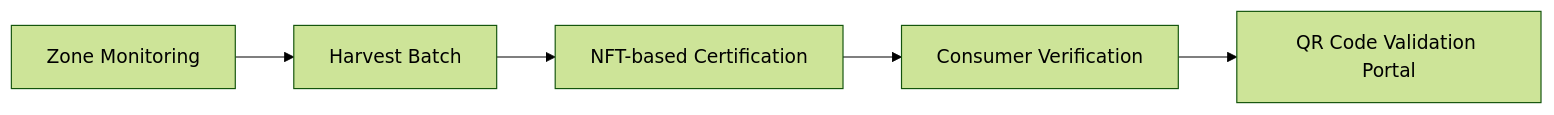
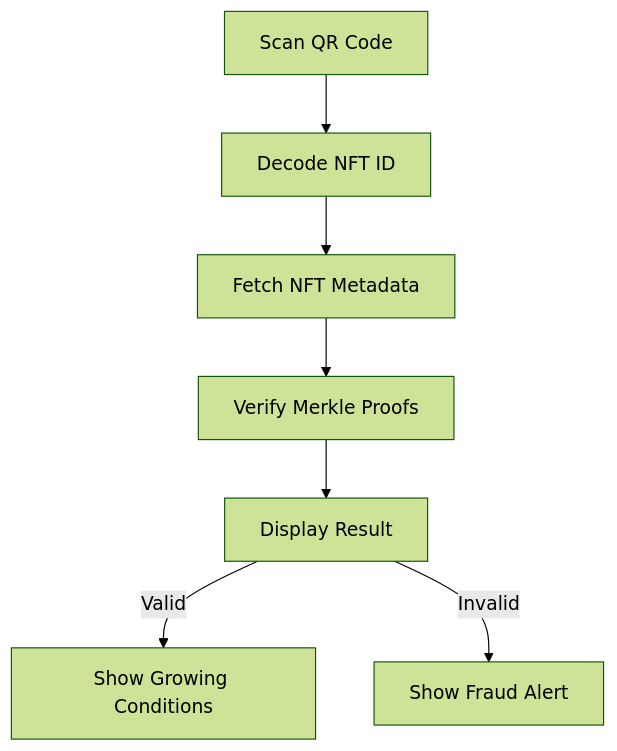
Before and after one commit to forchag/hyperledger: the second of 3 diagrams in mermaid diagram/figure7_farm_to_fork_traceability_framework.md, drawn with Mermaid (forest theme). The commit also changed other lines of this file and 2 other files, not shown here.

Commit message:
Add NFT traceability utilities

````diff
--- a/mermaid diagram/figure7_farm_to_fork_traceability_framework.md
+++ b/mermaid diagram/figure7_farm_to_fork_traceability_framework.md
@@ -3,10 +116,9 @@
 ```mermaid
-flowchart LR
-    zone[Zone Monitoring]
-    harvest[Harvest Batch]
-    nft[NFT-based Certification]
-    consumer[Consumer Verification]
-    qr[QR Code Validation Portal]
-
-    zone --> harvest --> nft --> consumer --> qr
+graph TB
+  START[Scan QR Code] --> DECODE[Decode NFT ID]
+  DECODE --> FETCH[Fetch NFT Metadata]
+  FETCH --> VERIFY[Verify Merkle Proofs]
+  VERIFY --> SHOW[Display Result]
+  SHOW -->|Valid| DETAILS[Show Growing Conditions]
+  SHOW -->|Invalid| WARNING[Show Fraud Alert]
 ```
````
